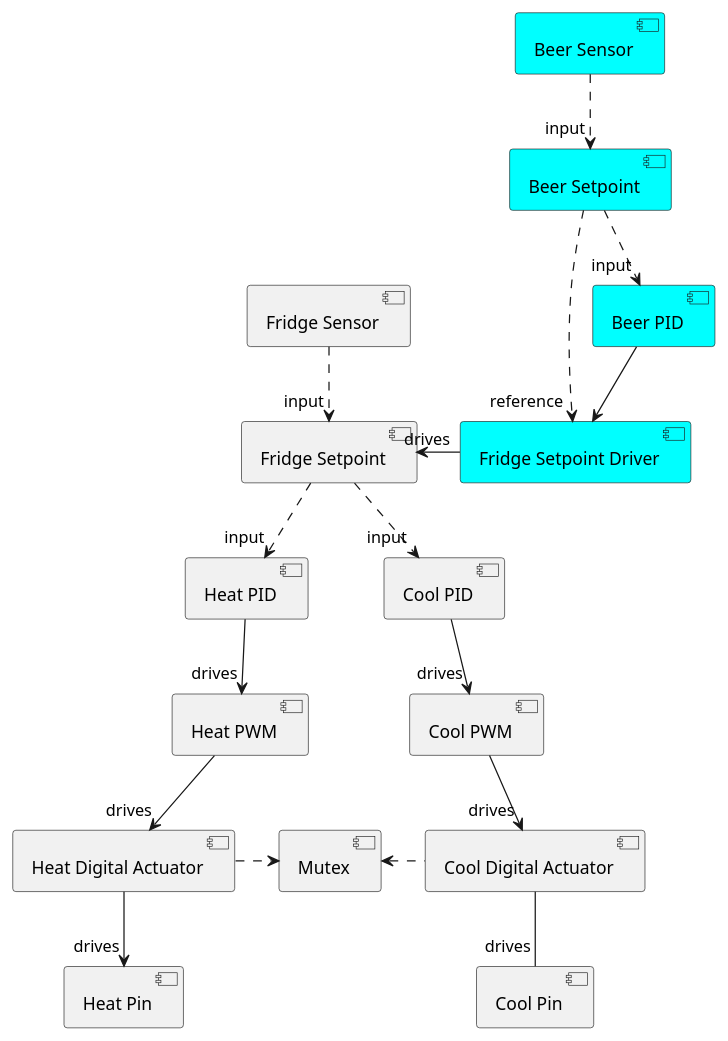
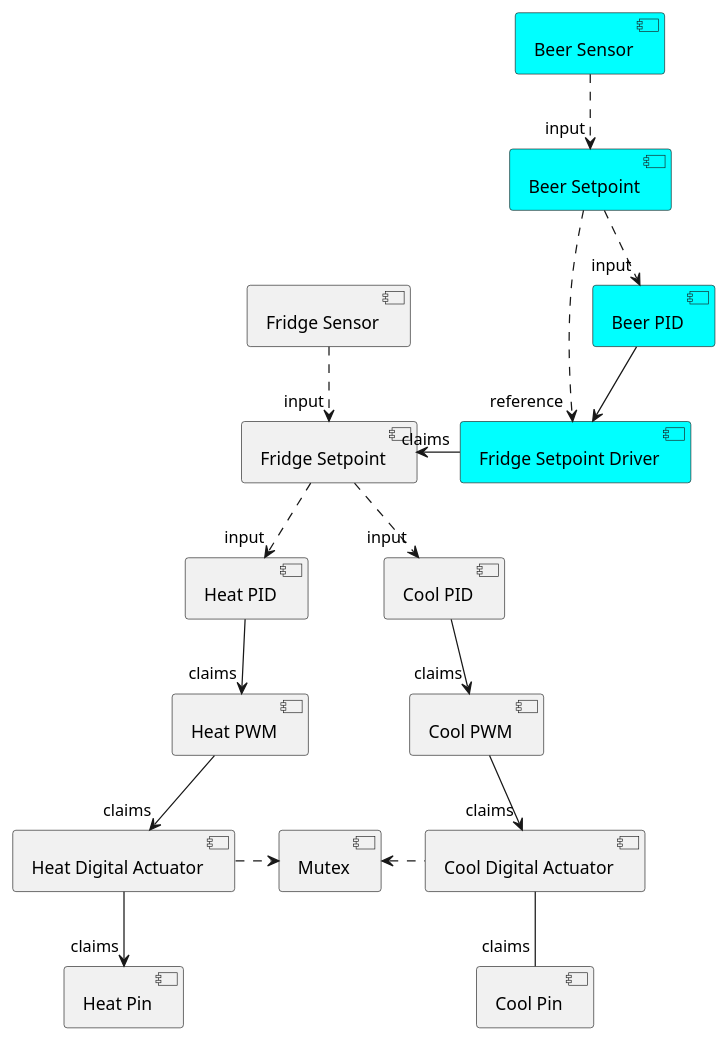
The third of 7 diagrams in docs/user/control_chains.md (BrewBlox/brewblox-documentation), drawn with PlantUML before and after one commit. The commit also changed other lines of this file and 1 other file, not shown here.

Commit message:
add fast pwm / soft start changes to release notes

````diff
--- a/docs/user/control_chains.md
+++ b/docs/user/control_chains.md
@@ -125,44 +125,44 @@
 ```plantuml
 @startuml Beer Offset Control Chain
 component heat_PID as "Heat PID"
 component heat_PWM as "Heat PWM"
 component heat_Digital as "Heat Digital Actuator"
 component heat_Pin as "Heat Pin"
 
 component cool_PID as "Cool PID"
 component cool_PWM as "Cool PWM"
 component cool_Digital as "Cool Digital Actuator"
 component cool_Pin as "Cool Pin"
 
 component fridge_Setpoint as "Fridge Setpoint"
 component fridge_Sensor as "Fridge Sensor"
 
 component Mutex
 
 component beer_PID as "Beer PID" #Cyan
 component beer_Setpoint as "Beer Setpoint" #Cyan
 component beer_Sensor as "Beer Sensor" #Cyan
 component beer_Offset as "Fridge Setpoint Driver" #Cyan
 
 fridge_Sensor .down.> "input" fridge_Setpoint
 fridge_Setpoint .down.> "input" heat_PID
 fridge_Setpoint .down.> "input" cool_PID
 
-heat_PID -down-> "drives" heat_PWM
-heat_PWM -down-> "drives" heat_Digital
+heat_PID -down-> "claims" heat_PWM
+heat_PWM -down-> "claims" heat_Digital
 heat_Digital .right.> Mutex
-heat_Digital -down-> "drives" heat_Pin
+heat_Digital -down-> "claims" heat_Pin
 
-cool_PID -down-> "drives" cool_PWM
-cool_PWM -down-> "drives" cool_Digital
+cool_PID -down-> "claims" cool_PWM
+cool_PWM -down-> "claims" cool_Digital
 cool_Digital .left.> Mutex
-cool_Digital -down- "drives" cool_Pin
+cool_Digital -down- "claims" cool_Pin
 
 beer_Sensor .down.> "input" beer_Setpoint
 beer_Setpoint .down.> "input" beer_PID
 beer_Setpoint .down.> "reference" beer_Offset
 beer_PID -down-> beer_Offset
-beer_Offset -left-> "drives" fridge_Setpoint
+beer_Offset -left-> "claims" fridge_Setpoint
 
 @enduml
 ```
````
